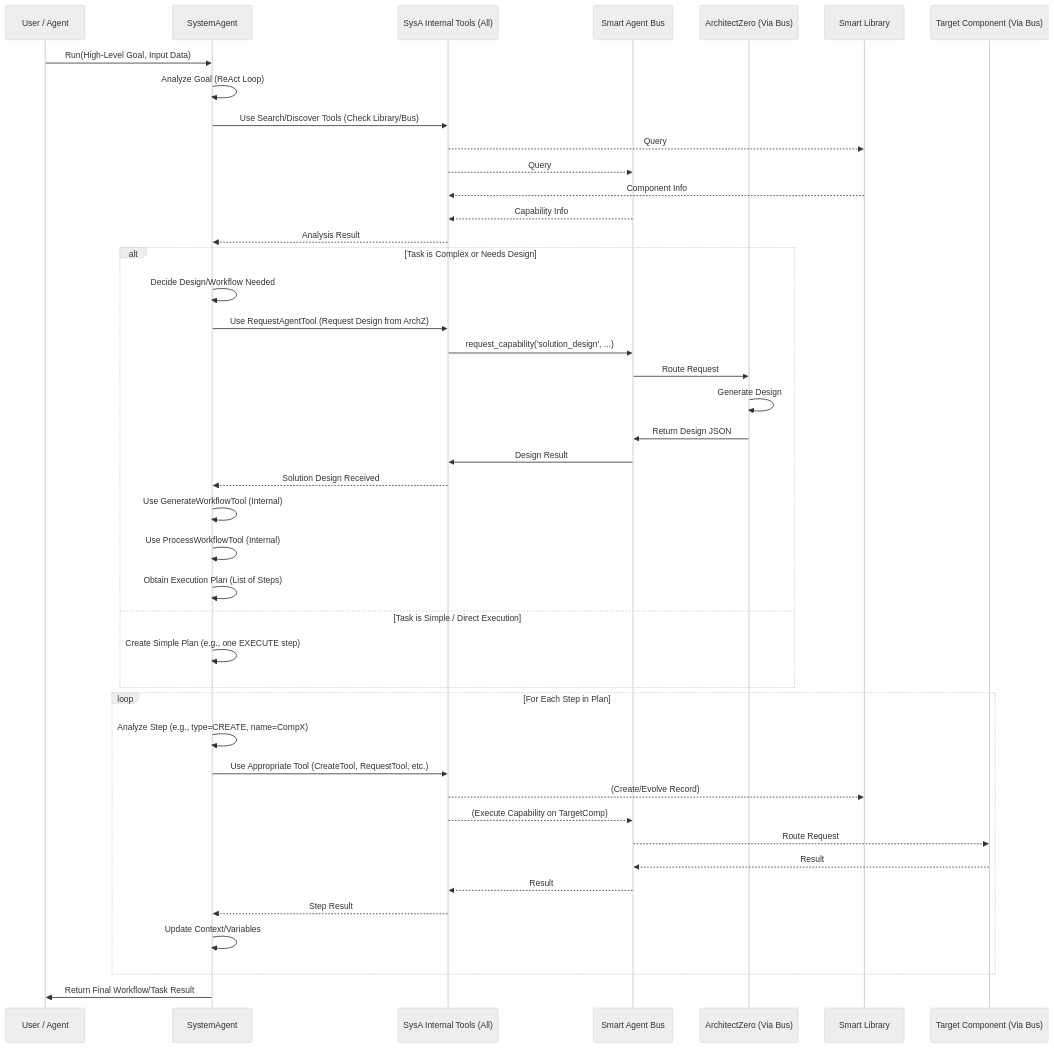
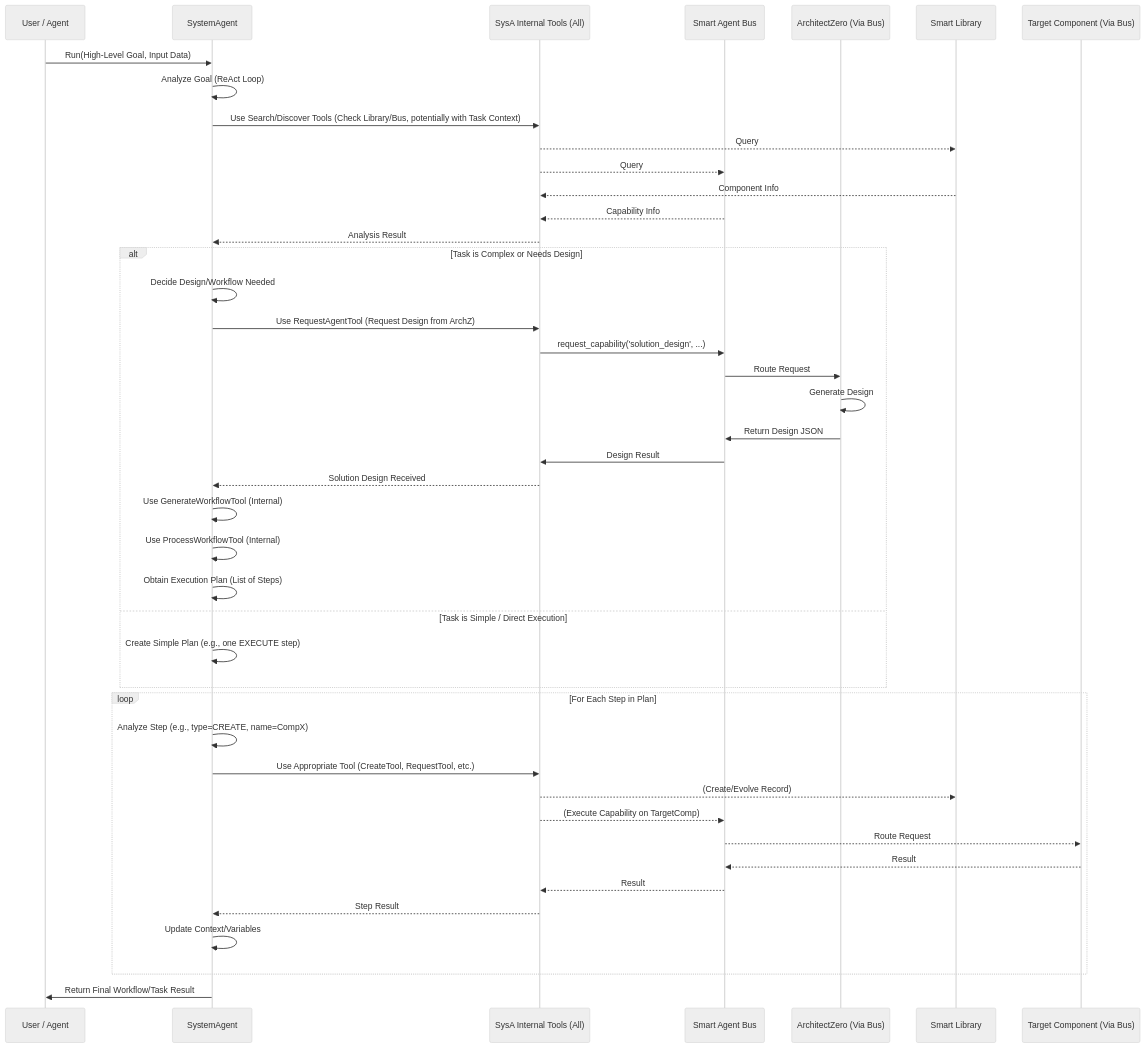
Before and after one commit to matiasmolinas/evolving-agents: the seventh of 8 diagrams in docs/ARCHITECTURE.md, drawn with Mermaid (neutral theme). The commit also changed other lines of this file and 1 other file, not shown here.

Commit message:
updated README.md and ARCHITECTURE.md

````diff
--- a/docs/ARCHITECTURE.md
+++ b/docs/ARCHITECTURE.md
@@ -220,51 +278,51 @@
 ```mermaid
 sequenceDiagram
     participant Caller as User / Agent
     participant SysA as SystemAgent
     participant InternalTools as SysA Internal Tools (All)
     participant AgentBus as Smart Agent Bus
     participant ArchZ as ArchitectZero (Via Bus)
     participant Library as Smart Library
     participant TargetComp as Target Component (Via Bus)
 
     Caller->>SysA: Run(High-Level Goal, Input Data)
 
     SysA->>SysA: Analyze Goal (ReAct Loop)
-    SysA->>InternalTools: Use Search/Discover Tools (Check Library/Bus)
+    SysA->>InternalTools: Use Search/Discover Tools (Check Library/Bus, potentially with Task Context)
     InternalTools-->>Library: Query
     InternalTools-->>AgentBus: Query
     Library-->>InternalTools: Component Info
     AgentBus-->>InternalTools: Capability Info
     InternalTools-->>SysA: Analysis Result
 
     alt Task is Complex or Needs Design
         SysA->>SysA: Decide Design/Workflow Needed
         SysA->>InternalTools: Use RequestAgentTool (Request Design from ArchZ)
         InternalTools->>AgentBus: request_capability('solution_design', ...)
         AgentBus->>ArchZ: Route Request
         ArchZ->>ArchZ: Generate Design
         ArchZ->>AgentBus: Return Design JSON
         AgentBus->>InternalTools: Design Result
         InternalTools-->>SysA: Solution Design Received
 
         SysA->>SysA: Use GenerateWorkflowTool (Internal)
         SysA->>SysA: Use ProcessWorkflowTool (Internal)
         SysA->>SysA: Obtain Execution Plan (List of Steps)
     else Task is Simple / Direct Execution
         SysA->>SysA: Create Simple Plan (e.g., one EXECUTE step)
     end
 
     loop For Each Step in Plan
         SysA->>SysA: Analyze Step (e.g., type=CREATE, name=CompX)
         SysA->>InternalTools: Use Appropriate Tool (CreateTool, RequestTool, etc.)
         InternalTools-->>Library: (Create/Evolve Record)
         InternalTools-->>AgentBus: (Execute Capability on TargetComp)
         AgentBus-->>TargetComp: Route Request
         TargetComp-->>AgentBus: Result
         AgentBus-->>InternalTools: Result
         InternalTools-->>SysA: Step Result
         SysA->>SysA: Update Context/Variables
     end
 
     SysA->>Caller: Return Final Workflow/Task Result
 ```
````
